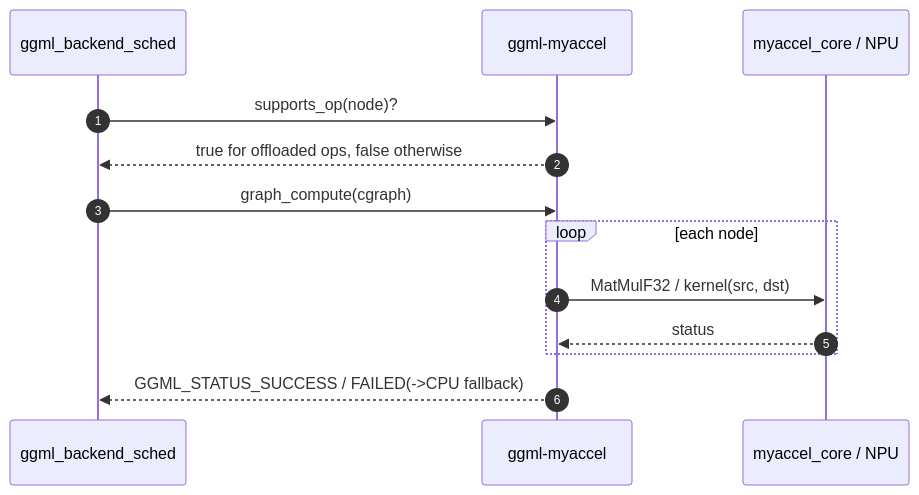
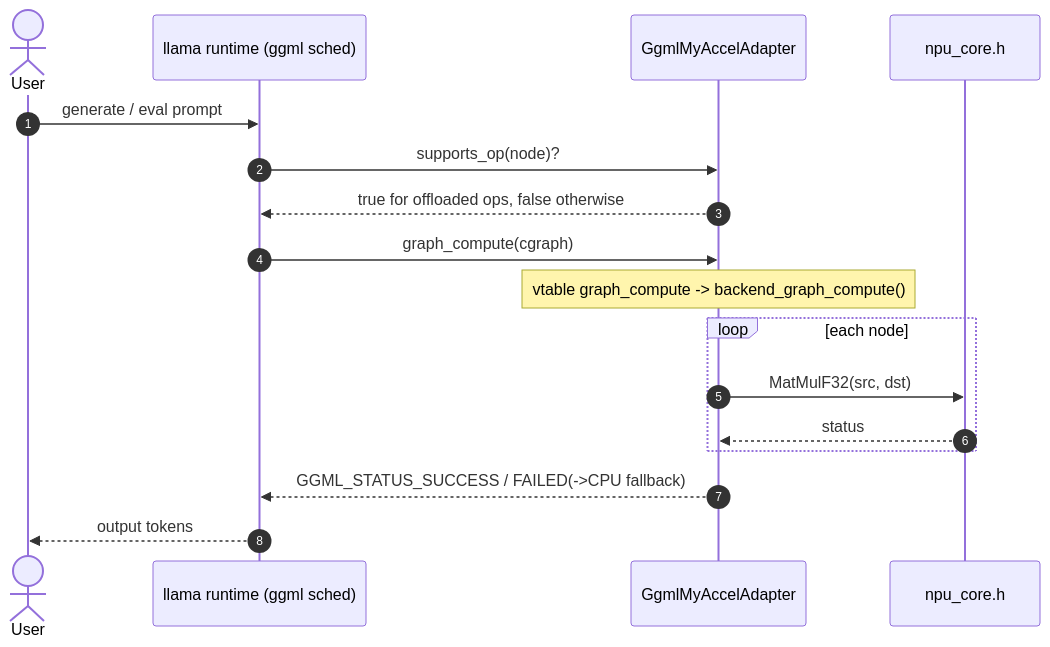
The fifth of 6 diagrams in shared_backend/docs/design.md (froginaz/onnxruntime), drawn with Mermaid before and after one commit. The commit also changed other lines of this file and 1 other file, not shown here.

First line of the commit message:
Refine sequence diagrams: user-initiated, class-name participants, matched methods

````diff
--- a/shared_backend/docs/design.md
+++ b/shared_backend/docs/design.md
@@ -233,16 +242,20 @@
 ```mermaid
 sequenceDiagram
     autonumber
-    participant Sched as ggml_backend_sched
-    participant AD as ggml-myaccel
-    participant Core as myaccel_core / NPU
+    actor User
+    participant Sched as llama runtime (ggml sched)
+    participant AD as GgmlMyAccelAdapter
+    participant NpuCore as npu_core.h
 
+    User->>Sched: generate / eval prompt
     Sched->>AD: supports_op(node)?
     AD-->>Sched: true for offloaded ops, false otherwise
     Sched->>AD: graph_compute(cgraph)
+    Note over AD: vtable graph_compute -> backend_graph_compute()
     loop each node
-        AD->>Core: MatMulF32 / kernel(src, dst)
-        Core-->>AD: status
+        AD->>NpuCore: MatMulF32(src, dst)
+        NpuCore-->>AD: status
     end
     AD-->>Sched: GGML_STATUS_SUCCESS / FAILED(->CPU fallback)
+    Sched-->>User: output tokens
 ```
````
